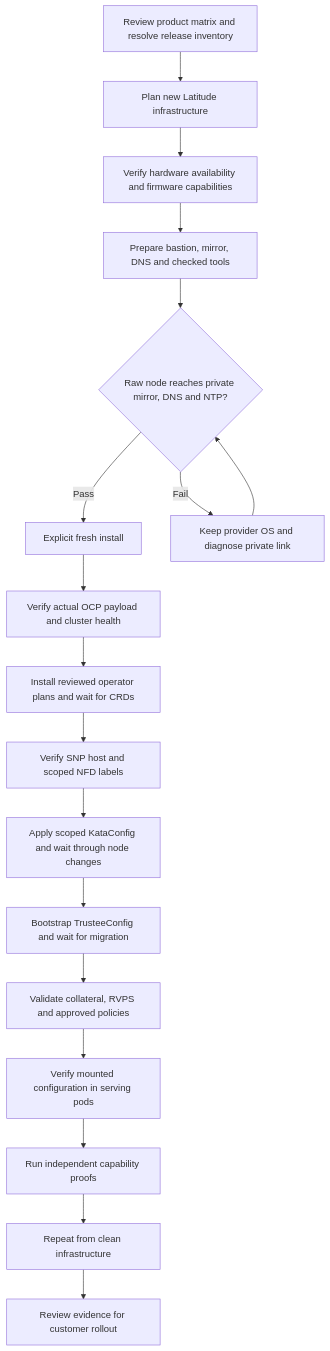
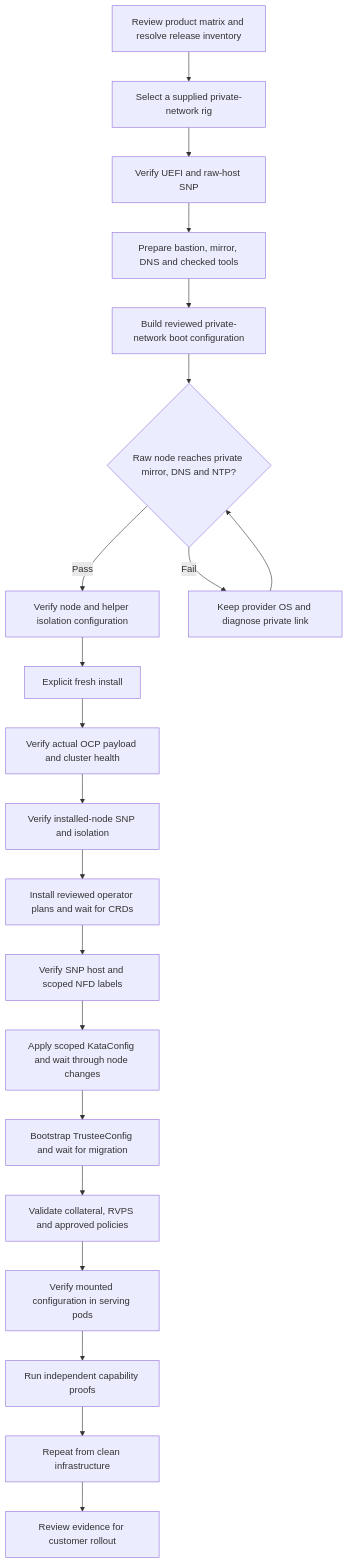
Before and after one commit to shpwrck/openshift-confidential-containers: the second of 3 diagrams in docs/architecture.md, drawn with Mermaid. The commit also changed other lines of this file and 5 other files, not shown here.

Commit message:
Record provider decisions and clarify private install validation boundaries

````diff
--- a/docs/architecture.md
+++ b/docs/architecture.md
@@ -46,20 +46,23 @@
 ```mermaid
 flowchart TD
-  BOM[Review product matrix and resolve release inventory] --> Plan[Plan new Latitude infrastructure]
-  Plan --> Hardware[Verify hardware availability and firmware capabilities]
+  BOM[Review product matrix and resolve release inventory] --> Plan[Select a supplied private-network rig]
+  Plan --> Hardware[Verify UEFI and raw-host SNP]
   Hardware --> Prepare[Prepare bastion, mirror, DNS and checked tools]
-  Prepare --> Private{Raw node reaches private mirror, DNS and NTP?}
-  Private -->|Pass| Fresh[Explicit fresh install]
+  Prepare --> Artifacts[Build reviewed private-network boot configuration]
+  Artifacts --> Private{Raw node reaches private mirror, DNS and NTP?}
+  Private -->|Pass| Isolation[Verify node and helper isolation configuration]
+  Isolation --> Fresh[Explicit fresh install]
   Private -->|Fail| Network[Keep provider OS and diagnose private link]
   Network --> Private
   Fresh --> OCP[Verify actual OCP payload and cluster health]
-  OCP --> Operators[Install reviewed operator plans and wait for CRDs]
+  OCP --> Installed[Verify installed-node SNP and isolation]
+  Installed --> Operators[Install reviewed operator plans and wait for CRDs]
   Operators --> SNP[Verify SNP host and scoped NFD labels]
   SNP --> Kata[Apply scoped KataConfig and wait through node changes]
   Kata --> Trustee[Bootstrap TrusteeConfig and wait for migration]
   Trustee --> Policy[Validate collateral, RVPS and approved policies]
   Policy --> Serving[Verify mounted configuration in serving pods]
   Serving --> Proof[Run independent capability proofs]
   Proof --> Repeat[Repeat from clean infrastructure]
   Repeat --> Customer[Review evidence for customer rollout]
 ```
````
